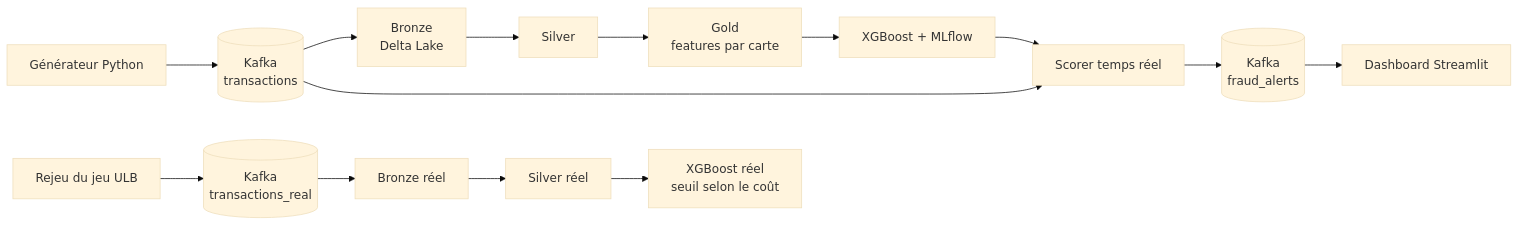
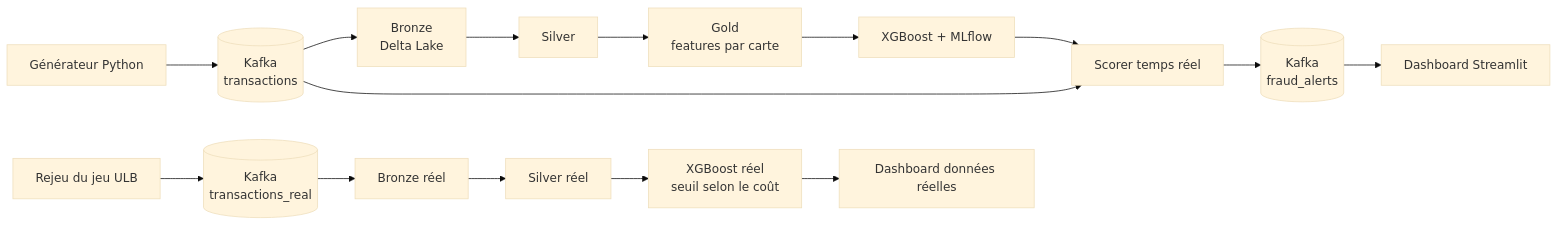
The diagram in README.md (Hiba-MHADA/fraud-lakehouse), drawn with Mermaid (base theme) before and after one commit. The commit also changed other lines of this file and 6 other files, not shown here.

````diff
--- a/README.md
+++ b/README.md
@@ -11,16 +11,17 @@
 ```mermaid
 flowchart LR
     G[Générateur Python] --> K[(Kafka<br/>transactions)]
     K --> B[Bronze<br/>Delta Lake]
     B --> S[Silver]
     S --> Go[Gold<br/>features par carte]
     Go --> M[XGBoost + MLflow]
     K --> SC[Scorer temps réel]
     M --> SC
     SC --> A[(Kafka<br/>fraud_alerts)]
     A --> D[Dashboard Streamlit]
     R[Rejeu du jeu ULB] --> KR[(Kafka<br/>transactions_real)]
     KR --> BR[Bronze réel]
     BR --> SR[Silver réel]
     SR --> MR[XGBoost réel<br/>seuil selon le coût]
+    MR --> DR[Dashboard données réelles]
 ```
````
